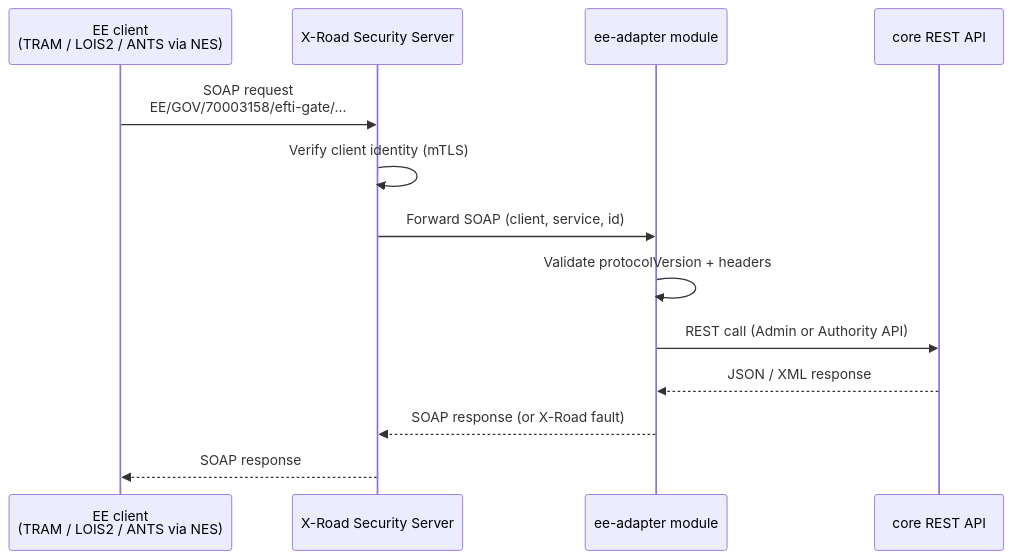
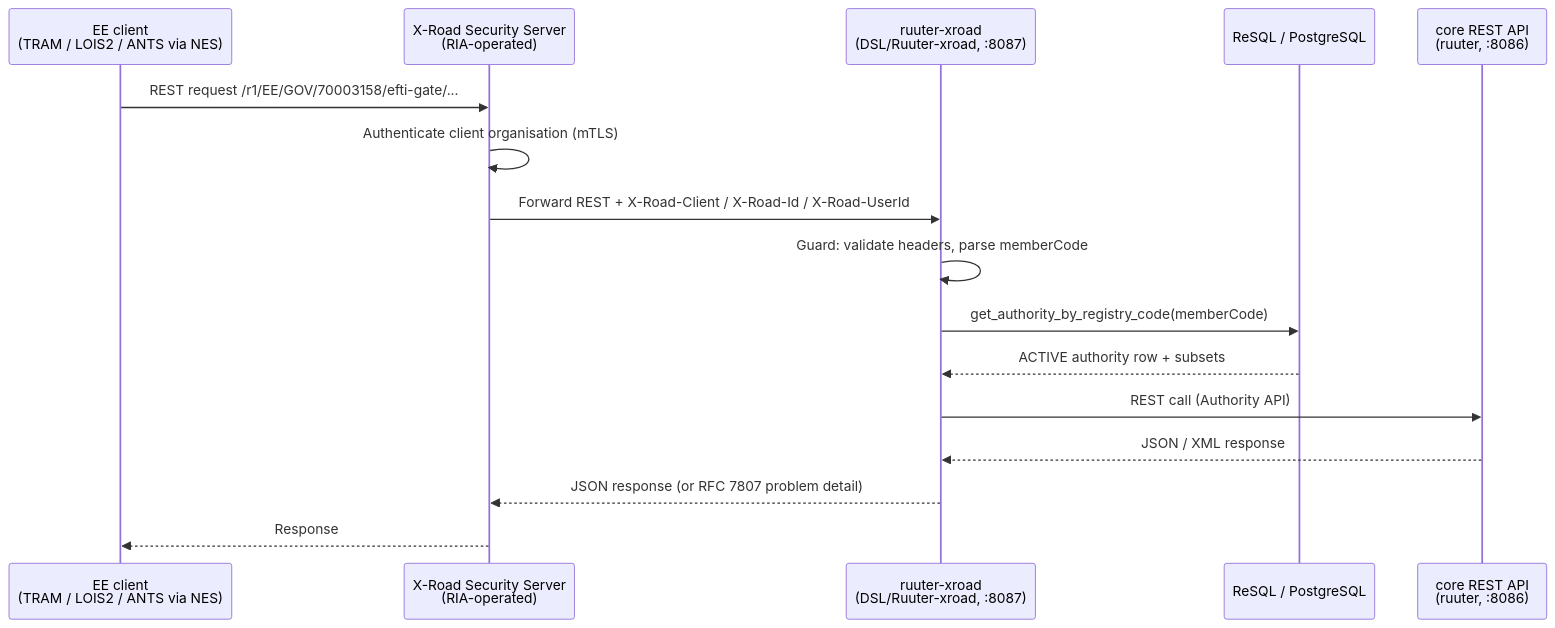
One commit to kemit-ee/efti-gate-ee changed the diagram in docs/architecture/integrations/x_road_integration.md. Above: the diagram before and after it, drawn with Mermaid. The commit also changed other lines of this file and 15 other files, not shown here.

````diff
--- a/docs/architecture/integrations/x_road_integration.md
+++ b/docs/architecture/integrations/x_road_integration.md
@@ -11,15 +18,18 @@
 ```mermaid
 sequenceDiagram
     participant Client as EE client<br/>(TRAM / LOIS2 / ANTS via NES)
-    participant SS as X-Road Security Server
-    participant Adapter as ee-adapter module
-    participant Core as core REST API
-    Client->>SS: SOAP request<br/>EE/GOV/70003158/efti-gate/...
-    SS->>SS: Verify client identity (mTLS)
-    SS->>Adapter: Forward SOAP (client, service, id)
-    Adapter->>Adapter: Validate protocolVersion + headers
-    Adapter->>Core: REST call (Admin or Authority API)
+    participant SS as X-Road Security Server<br/>(RIA-operated)
+    participant Adapter as ruuter-xroad<br/>(DSL/Ruuter-xroad, :8087)
+    participant Resql as ReSQL / PostgreSQL
+    participant Core as core REST API<br/>(ruuter, :8086)
+    Client->>SS: REST request /r1/EE/GOV/70003158/efti-gate/...
+    SS->>SS: Authenticate client organisation (mTLS)
+    SS->>Adapter: Forward REST + X-Road-Client / X-Road-Id / X-Road-UserId
+    Adapter->>Adapter: Guard: validate headers, parse memberCode
+    Adapter->>Resql: get_authority_by_registry_code(memberCode)
+    Resql-->>Adapter: ACTIVE authority row + subsets
+    Adapter->>Core: REST call (Authority API)
     Core-->>Adapter: JSON / XML response
-    Adapter-->>SS: SOAP response (or X-Road fault)
-    SS-->>Client: SOAP response
+    Adapter-->>SS: JSON response (or RFC 7807 problem detail)
+    SS-->>Client: Response
 ```
````
